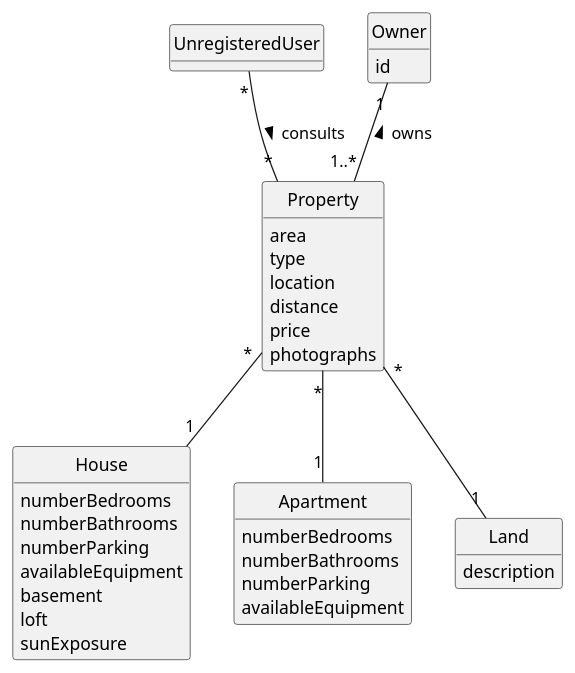
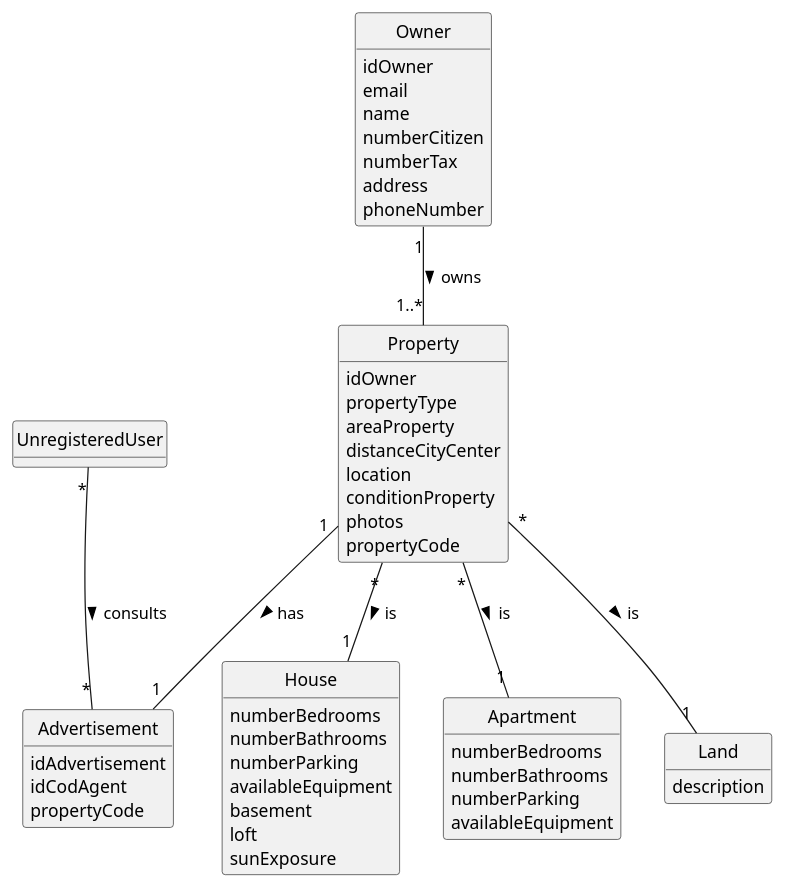
The diagram in docs/sprintA/us001/02.analysis/puml/us001-domain-model.puml (PEDROMOREIRA45/lei-23-s2-1dg-g31), drawn with PlantUML before and after one commit. The commit also changed 1 other file, not shown here.

```diff
--- a/docs/sprintA/us001/02.analysis/puml/us001-domain-model.puml
+++ b/docs/sprintA/us001/02.analysis/puml/us001-domain-model.puml
@@ -1,58 +1,74 @@
 @startuml
 skinparam monochrome true
 skinparam packageStyle rectangle
 skinparam shadowing false
 
 'left to right direction
 
 skinparam classAttributeIconSize 0
 
 hide circle
 hide methods
 
 
-class Property {
-    area
-    type
+class Property{
+    idOwner
+    propertyType
+    areaProperty
+    distanceCityCenter
     location
-    distance
-    price
-    photographs
+    conditionProperty
+    photos
+    propertyCode
 }
 
 class UnregisteredUser
 
 class Owner {
-    id
+    idOwner
+    email
+    name
+    numberCitizen
+    numberTax
+    address
+    phoneNumber
 }
 
-class House{
+
+class House {
     numberBedrooms
     numberBathrooms
     numberParking
     availableEquipment
     basement
     loft
     sunExposure
 }
 
 class Apartment{
     numberBedrooms
     numberBathrooms
     numberParking
     availableEquipment
 }
 
 class Land{
     description
 }
 
+class Advertisement {
+    idAdvertisement
+    idCodAgent
+    propertyCode
+}
 
 
-UnregisteredUser "*" -- "*" Property: consults >
-Owner "1"--"1..*" Property: owns <
-Property "*" -- "1" Land
-Property "*" -- "1" Apartment
-Property "*" -- "1" House
+
+UnregisteredUser "*" -- "*" Advertisement: consults >
+Owner "1"--"1..*" Property: owns >
+Property "*" -- "1" Land: is >
+Property "*" -- "1" Apartment: is >
+Property "*" -- "1" House: is >
+Property "1" -- "1" Advertisement: has >
 
 @enduml
```
